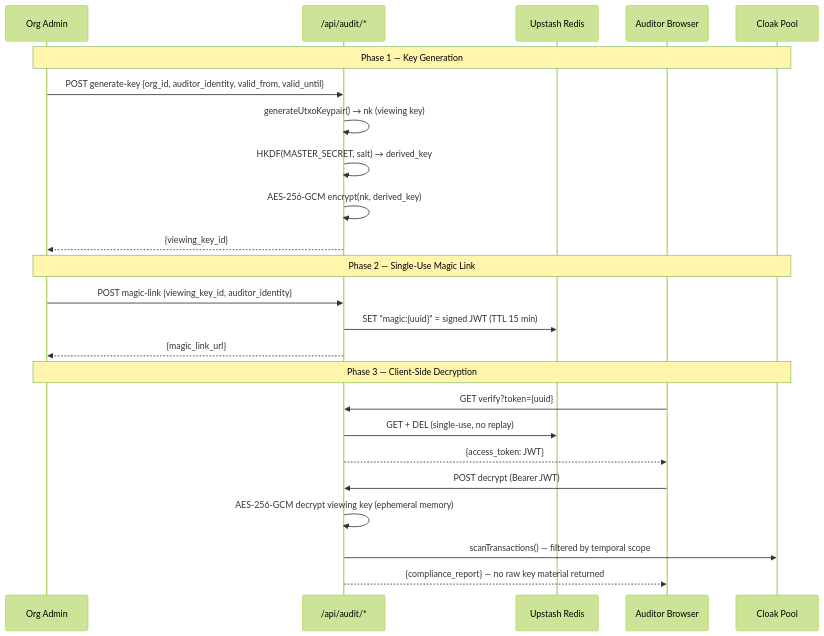
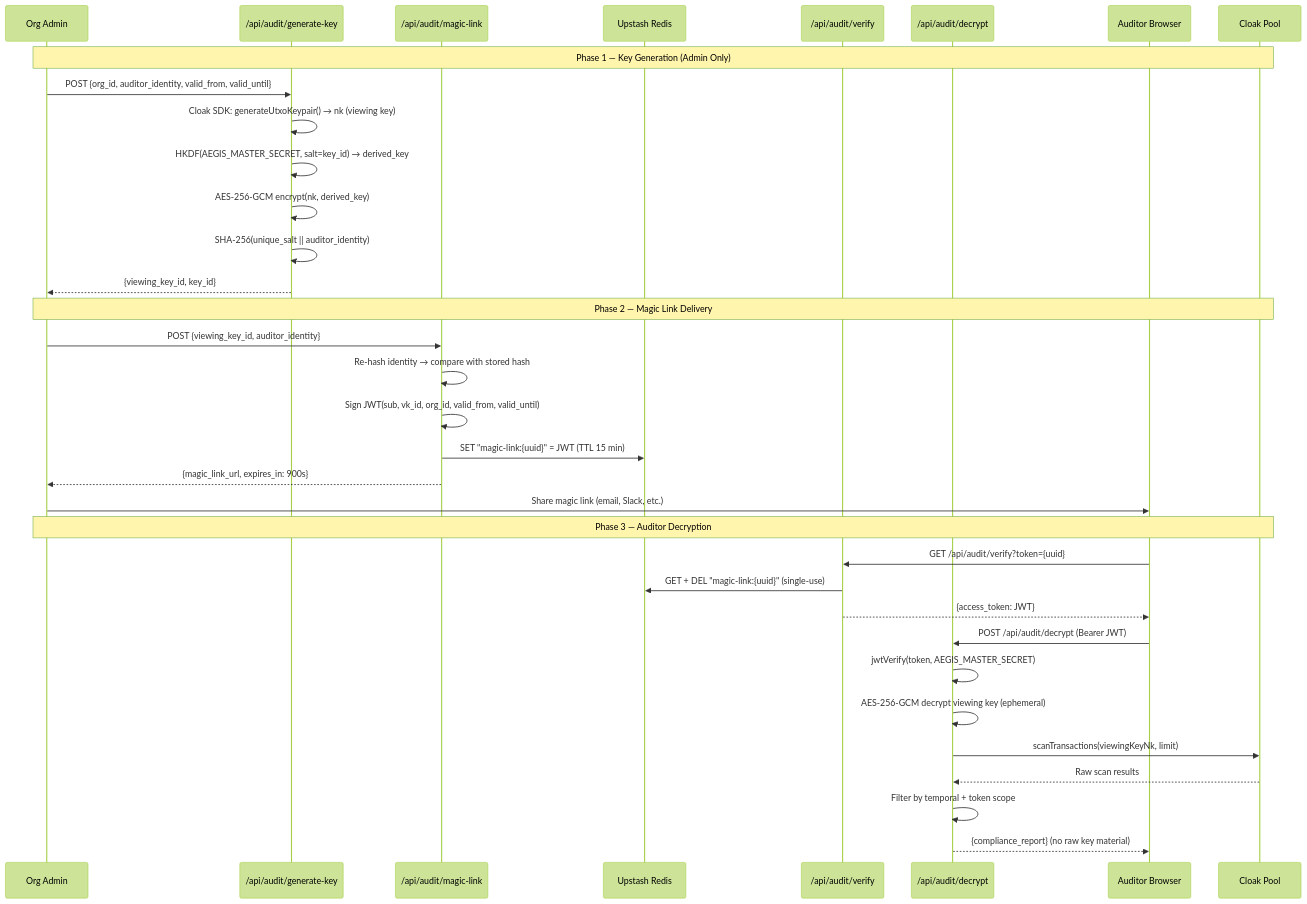
Before and after one commit to Olalolo22/aegis-ledger: the second of 2 diagrams in README2.MD, drawn with Mermaid (forest theme). The commit also changed other lines of this file and 4 other files, not shown here.

````diff
--- a/README2.MD
+++ b/README2.MD
@@ -158,29 +130,39 @@
 ```mermaid
 sequenceDiagram
-participant Admin as Org Admin
-participant API as /api/audit/*
-participant Redis as Upstash Redis
-participant Auditor as Auditor Browser
-participant Cloak as Cloak Pool
+    participant Admin as Org Admin
+    participant GenKey as /api/audit/generate-key
+    participant MLink as /api/audit/magic-link
+    participant Redis as Upstash Redis
+    participant Verify as /api/audit/verify
+    participant Decrypt as /api/audit/decrypt
+    participant Auditor as Auditor Browser
+    participant Cloak as Cloak Pool
 
-Note over Admin,Cloak: Phase 1 — Key Generation
-Admin->>API: POST generate-key {org_id, auditor_identity, valid_from, valid_until}
-API->>API: generateUtxoKeypair() → nk (viewing key)
-API->>API: HKDF(MASTER_SECRET, salt) → derived_key
-API->>API: AES-256-GCM encrypt(nk, derived_key)
-API-->>Admin: {viewing_key_id}
+    Note over Admin,Cloak: Phase 1 — Key Generation (Admin Only)
+    Admin->>GenKey: POST {org_id, auditor_identity, valid_from, valid_until}
+    GenKey->>GenKey: Cloak SDK: generateUtxoKeypair() → nk (viewing key)
+    GenKey->>GenKey: HKDF(AEGIS_MASTER_SECRET, salt=key_id) → derived_key
+    GenKey->>GenKey: AES-256-GCM encrypt(nk, derived_key)
+    GenKey->>GenKey: SHA-256(unique_salt || auditor_identity)
+    GenKey-->>Admin: {viewing_key_id, key_id}
 
-Note over Admin,Cloak: Phase 2 — Single-Use Magic Link
-Admin->>API: POST magic-link {viewing_key_id, auditor_identity}
-API->>Redis: SET "magic:{uuid}" = signed JWT (TTL 15 min)
-API-->>Admin: {magic_link_url}
+    Note over Admin,Cloak: Phase 2 — Magic Link Delivery
+    Admin->>MLink: POST {viewing_key_id, auditor_identity}
+    MLink->>MLink: Re-hash identity → compare with stored hash
+    MLink->>MLink: Sign JWT(sub, vk_id, org_id, valid_from, valid_until)
+    MLink->>Redis: SET "magic-link:{uuid}" = JWT (TTL 15 min)
+    MLink-->>Admin: {magic_link_url, expires_in: 900s}
+    Admin->>Auditor: Share magic link (email, Slack, etc.)
 
-Note over Admin,Cloak: Phase 3 — Client-Side Decryption
-Auditor->>API: GET verify?token={uuid}
-API->>Redis: GET + DEL (single-use, no replay)
-API-->>Auditor: {access_token: JWT}
-Auditor->>API: POST decrypt (Bearer JWT)
-API->>API: AES-256-GCM decrypt viewing key (ephemeral memory)
-API->>Cloak: scanTransactions() — filtered by temporal scope
-API-->>Auditor: {compliance_report} — no raw key material returned
+    Note over Admin,Cloak: Phase 3 — Auditor Decryption
+    Auditor->>Verify: GET /api/audit/verify?token={uuid}
+    Verify->>Redis: GET + DEL "magic-link:{uuid}" (single-use)
+    Verify-->>Auditor: {access_token: JWT}
+    Auditor->>Decrypt: POST /api/audit/decrypt (Bearer JWT)
+    Decrypt->>Decrypt: jwtVerify(token, AEGIS_MASTER_SECRET)
+    Decrypt->>Decrypt: AES-256-GCM decrypt viewing key (ephemeral)
+    Decrypt->>Cloak: scanTransactions(viewingKeyNk, limit)
+    Cloak-->>Decrypt: Raw scan results
+    Decrypt->>Decrypt: Filter by temporal + token scope
+    Decrypt-->>Auditor: {compliance_report} (no raw key material)
 ```
````
